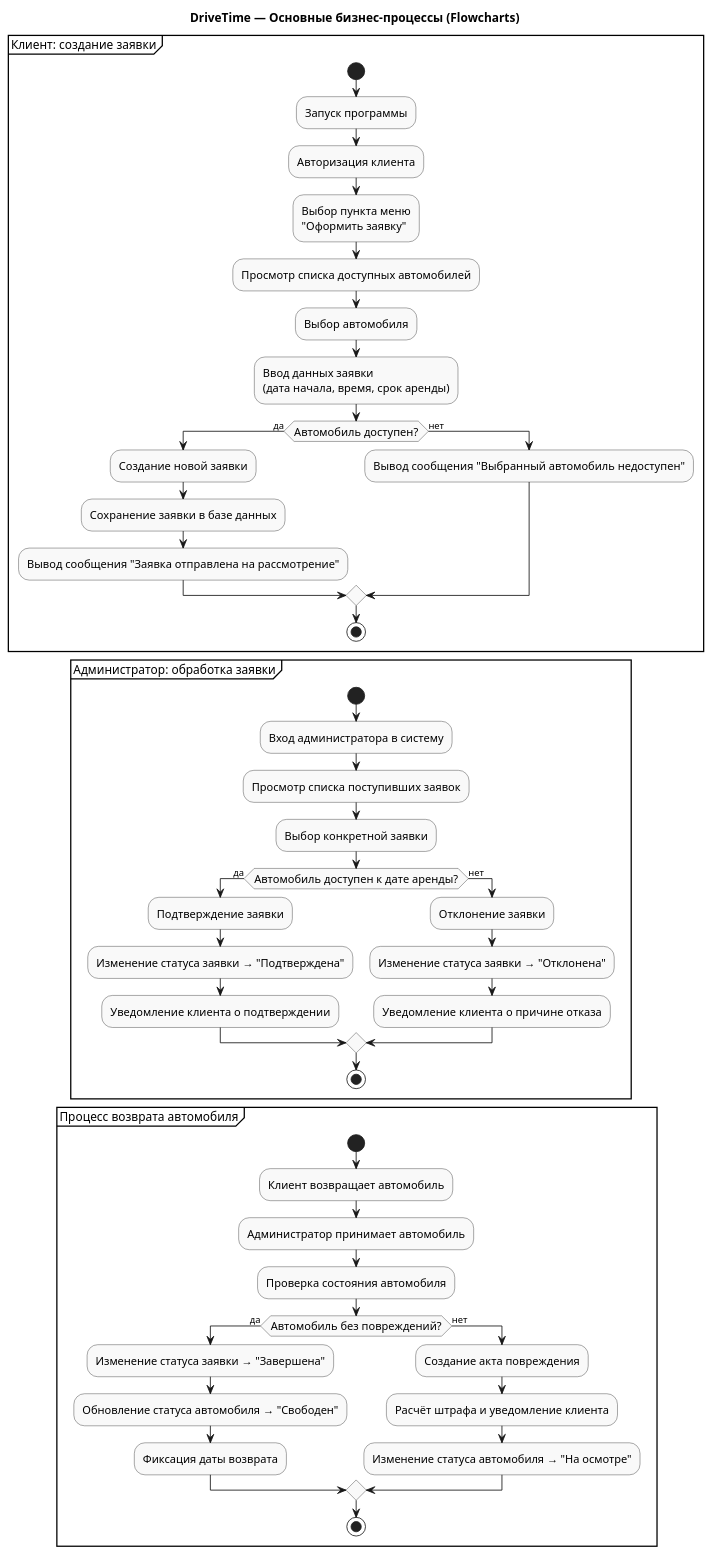
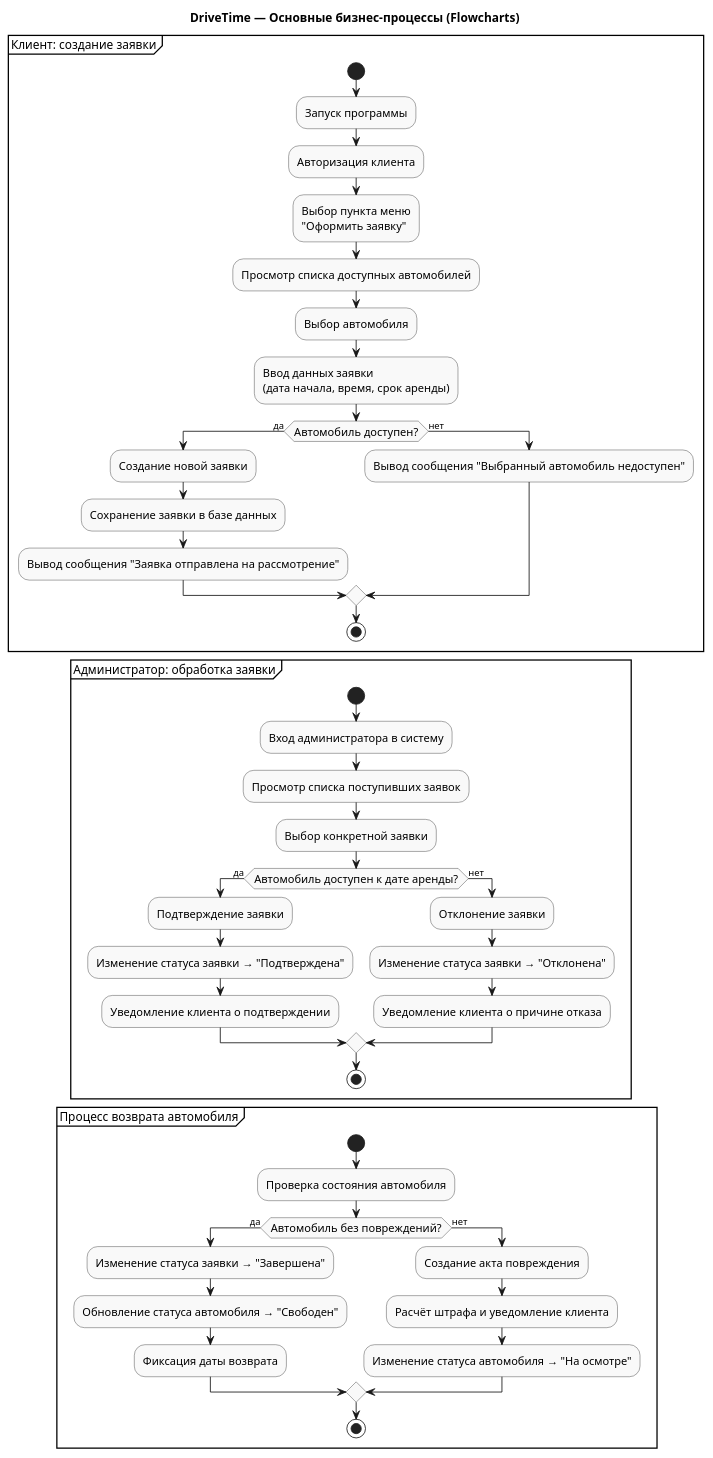
One commit to gitanowe/DriveTime changed the diagram in docs/diagrams/flowchart.puml. Above: the diagram before and after it, drawn with PlantUML. The commit also changed 1 other file, not shown here.

```diff
--- a/docs/diagrams/flowchart.puml
+++ b/docs/diagrams/flowchart.puml
@@ -1,70 +1,68 @@
 @startuml
 title DriveTime — Основные бизнес-процессы (Flowcharts)
 skinparam backgroundColor #ffffff
 skinparam activity {
   BackgroundColor #f9f9f9
   BorderColor #333
   FontSize 13
 }
 skinparam shadowing false
 
 partition "Клиент: создание заявки" {
   start
   :Запуск программы;
   :Авторизация клиента;
   :Выбор пункта меню\n"Оформить заявку";
   :Просмотр списка доступных автомобилей;
 
   :Выбор автомобиля;
   :Ввод данных заявки\n(дата начала, время, срок аренды);
 
   if (Автомобиль доступен?) then (да)
     :Создание новой заявки;
     :Сохранение заявки в базе данных;
     :Вывод сообщения "Заявка отправлена на рассмотрение";
   else (нет)
     :Вывод сообщения "Выбранный автомобиль недоступен";
   endif
 
   stop
 }
 
 partition "Администратор: обработка заявки" {
   start
   :Вход администратора в систему;
   :Просмотр списка поступивших заявок;
   :Выбор конкретной заявки;
 
   if (Автомобиль доступен к дате аренды?) then (да)
     :Подтверждение заявки;
     :Изменение статуса заявки → "Подтверждена";
     :Уведомление клиента о подтверждении;
   else (нет)
     :Отклонение заявки;
     :Изменение статуса заявки → "Отклонена";
     :Уведомление клиента о причине отказа;
   endif
 
   stop
 }
 
 partition "Процесс возврата автомобиля" {
   start
-  :Клиент возвращает автомобиль;
-  :Администратор принимает автомобиль;
   :Проверка состояния автомобиля;
 
   if (Автомобиль без повреждений?) then (да)
     :Изменение статуса заявки → "Завершена";
     :Обновление статуса автомобиля → "Свободен";
     :Фиксация даты возврата;
   else (нет)
     :Создание акта повреждения;
     :Расчёт штрафа и уведомление клиента;
     :Изменение статуса автомобиля → "На осмотре";
   endif
 
   stop
 }
 
 @enduml
```
